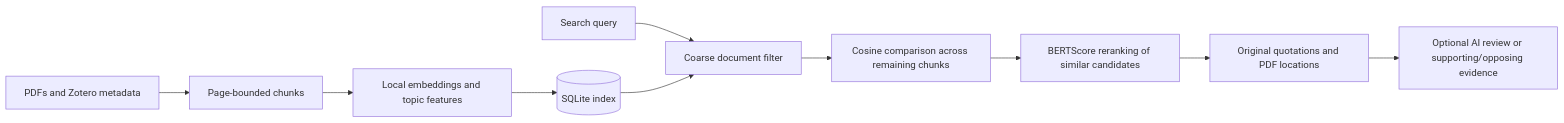
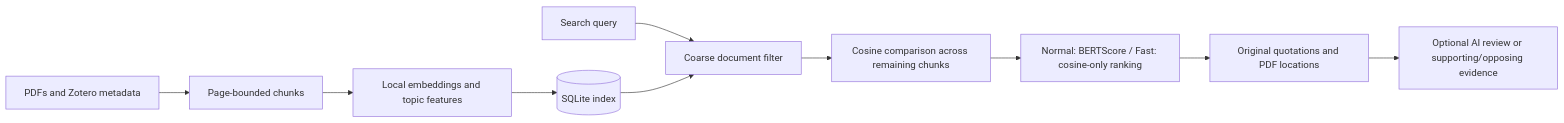
One commit to Cuzimnero/zitatlotse changed the diagram in README.md. Above: the diagram before and after it, drawn with Mermaid. The commit also changed other lines of this file and 34 other files, not shown here.

````diff
--- a/README.md
+++ b/README.md
@@ -50,12 +51,12 @@
 ```mermaid
 flowchart LR
     A[PDFs and Zotero metadata] --> B[Page-bounded chunks]
     B --> C[Local embeddings and topic features]
     C --> D[(SQLite index)]
     Q[Search query] --> E[Coarse document filter]
     D --> E
     E --> F[Cosine comparison across remaining chunks]
-    F --> G[BERTScore reranking of similar candidates]
+    F --> G[Normal: BERTScore / Fast: cosine-only ranking]
     G --> H[Original quotations and PDF locations]
     H --> I[Optional AI review or supporting/opposing evidence]
 ```
````
